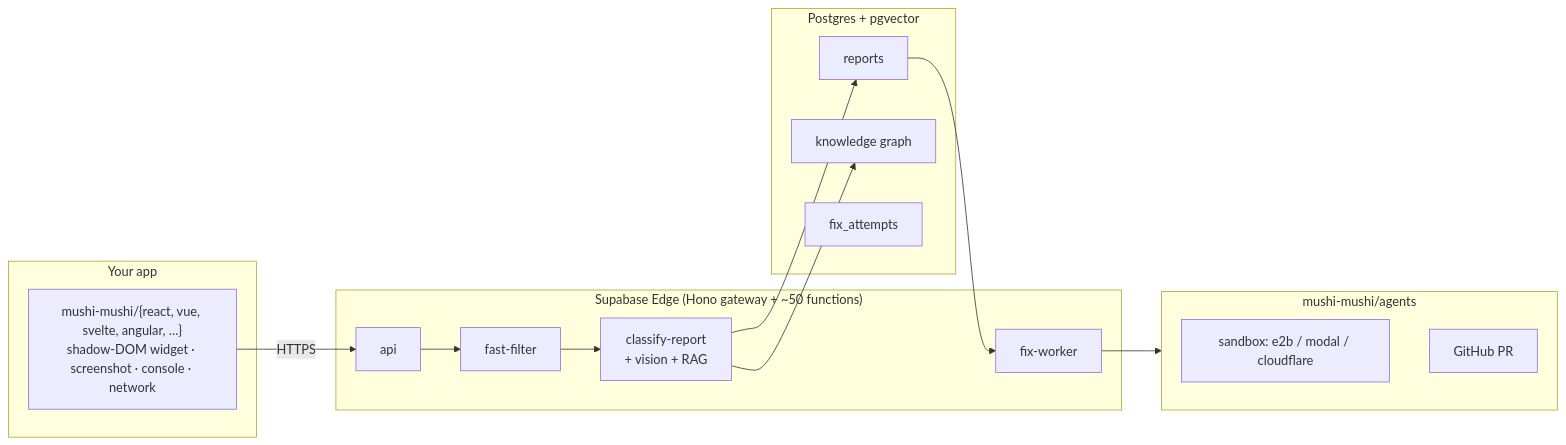
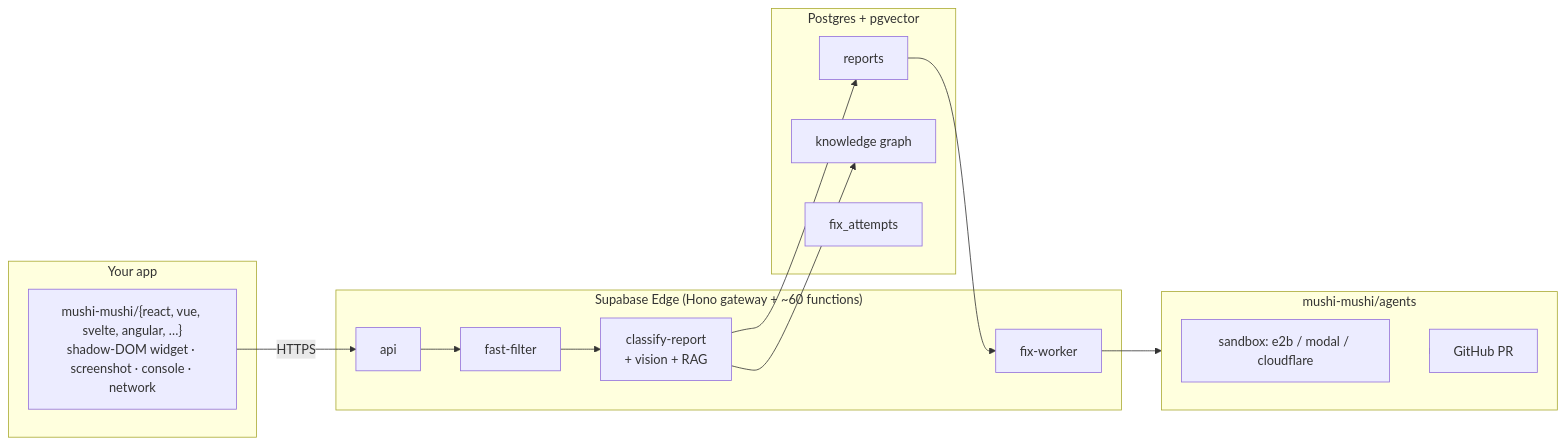
One commit to kensaurus/mushi-mushi changed the diagram in README.md. Above: the diagram before and after it, drawn with Mermaid. The commit also changed 3 other files, not shown here.

````diff
--- a/README.md
+++ b/README.md
@@ -98,27 +98,27 @@
 ```mermaid
 flowchart LR
     subgraph App["Your app"]
         SDK["mushi-mushi/{react, vue, svelte, angular, …}<br/>shadow-DOM widget · screenshot · console · network"]
     end
-    subgraph Edge["Supabase Edge (Hono gateway + ~50 functions)"]
+    subgraph Edge["Supabase Edge (Hono gateway + ~60 functions)"]
         API["api"]
         FF["fast-filter"]
         CR["classify-report<br/>+ vision + RAG"]
         ORCH["fix-worker"]
     end
     subgraph DB["Postgres + pgvector"]
         REP["reports"]
         KG["knowledge graph"]
         FIX["fix_attempts"]
     end
     subgraph Agents["mushi-mushi/agents"]
         SBX["sandbox: e2b / modal / cloudflare"]
         GH["GitHub PR"]
     end
     SDK -->|HTTPS| API
     API --> FF --> CR
     CR --> KG
     CR --> REP
     REP --> ORCH --> Agents
     Agents --> GH
 ```
````
